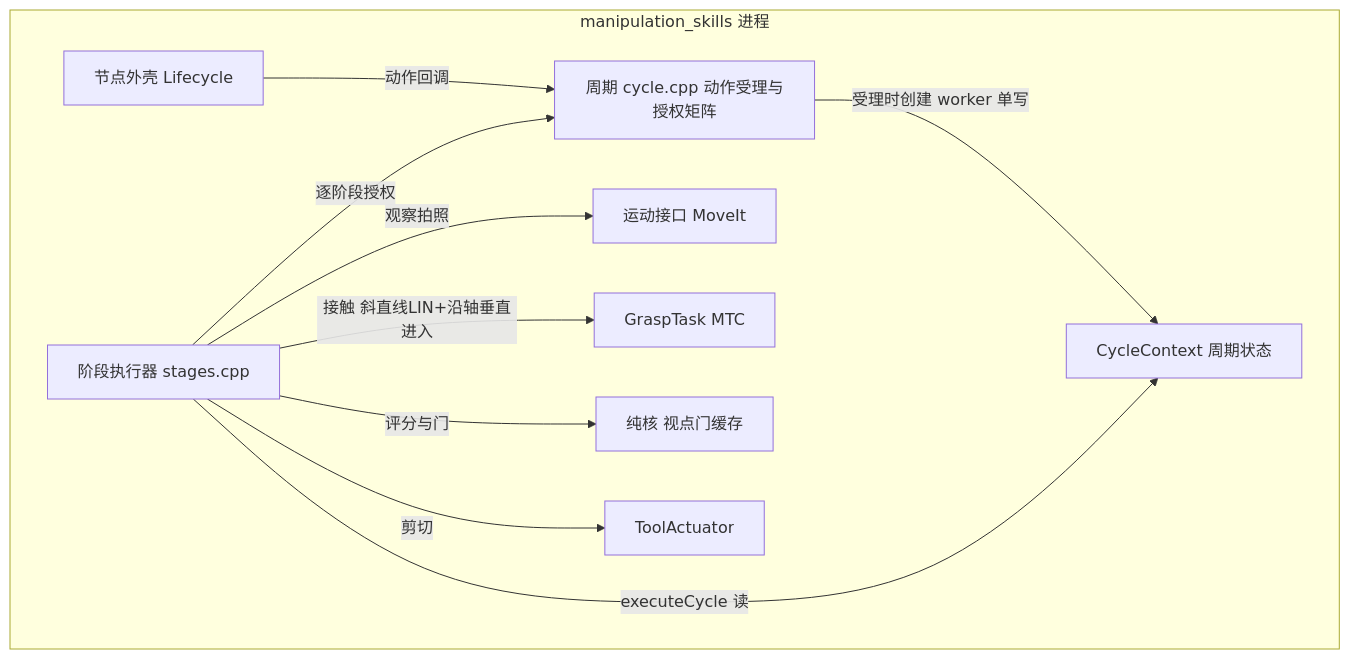
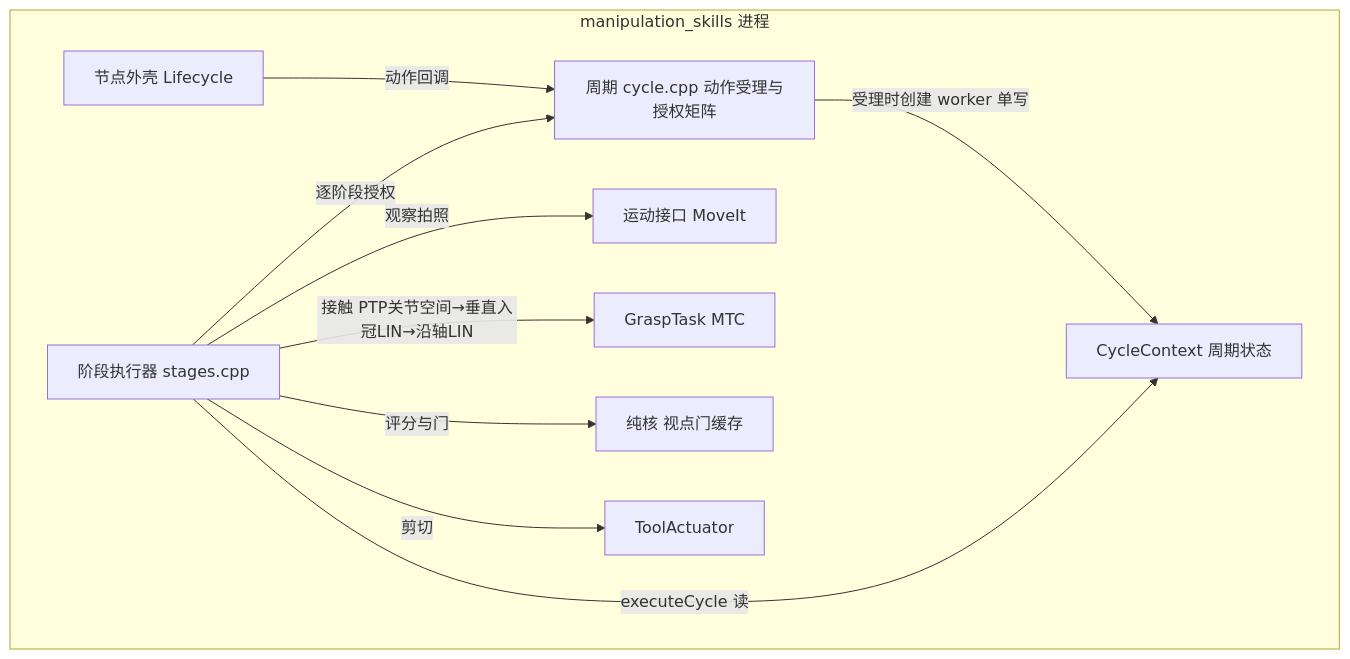
The third of 15 diagrams in docs/architecture.md (MUHAN11-c/aubo_boot), drawn with Mermaid before and after one commit. The commit also changed other lines of this file and 3 other files, not shown here.

Commit message:
docs(arm) 活文档追平 v4 轨迹措辞（architecture 五处/io/testing/sim docstring；上轮 v3/v4 提交漏改的欠账）

````diff
--- a/docs/architecture.md
+++ b/docs/architecture.md
@@ -138,21 +138,21 @@
 ```mermaid
 flowchart TB
   subgraph sk["manipulation_skills 进程"]
     shell["节点外壳 Lifecycle"]
     cycle["周期 cycle.cpp 动作受理与授权矩阵"]
     ctx["CycleContext 周期状态"]
     stages["阶段执行器 stages.cpp"]
     mot["运动接口 MoveIt"]
     mtc["GraspTask MTC"]
     core["纯核 视点门缓存"]
     tool["ToolActuator"]
   end
   shell -->|"动作回调"| cycle
   cycle -->|"受理时创建 worker 单写"| ctx
   stages -->|"executeCycle 读"| ctx
   stages -->|"逐阶段授权"| cycle
   stages -->|"观察拍照"| mot
-  stages -->|"接触 斜直线LIN+沿轴垂直进入"| mtc
+  stages -->|"接触 PTP关节空间→垂直入冠LIN→沿轴LIN"| mtc
   stages -->|"评分与门"| core
   stages -->|"剪切"| tool
 ```
````
